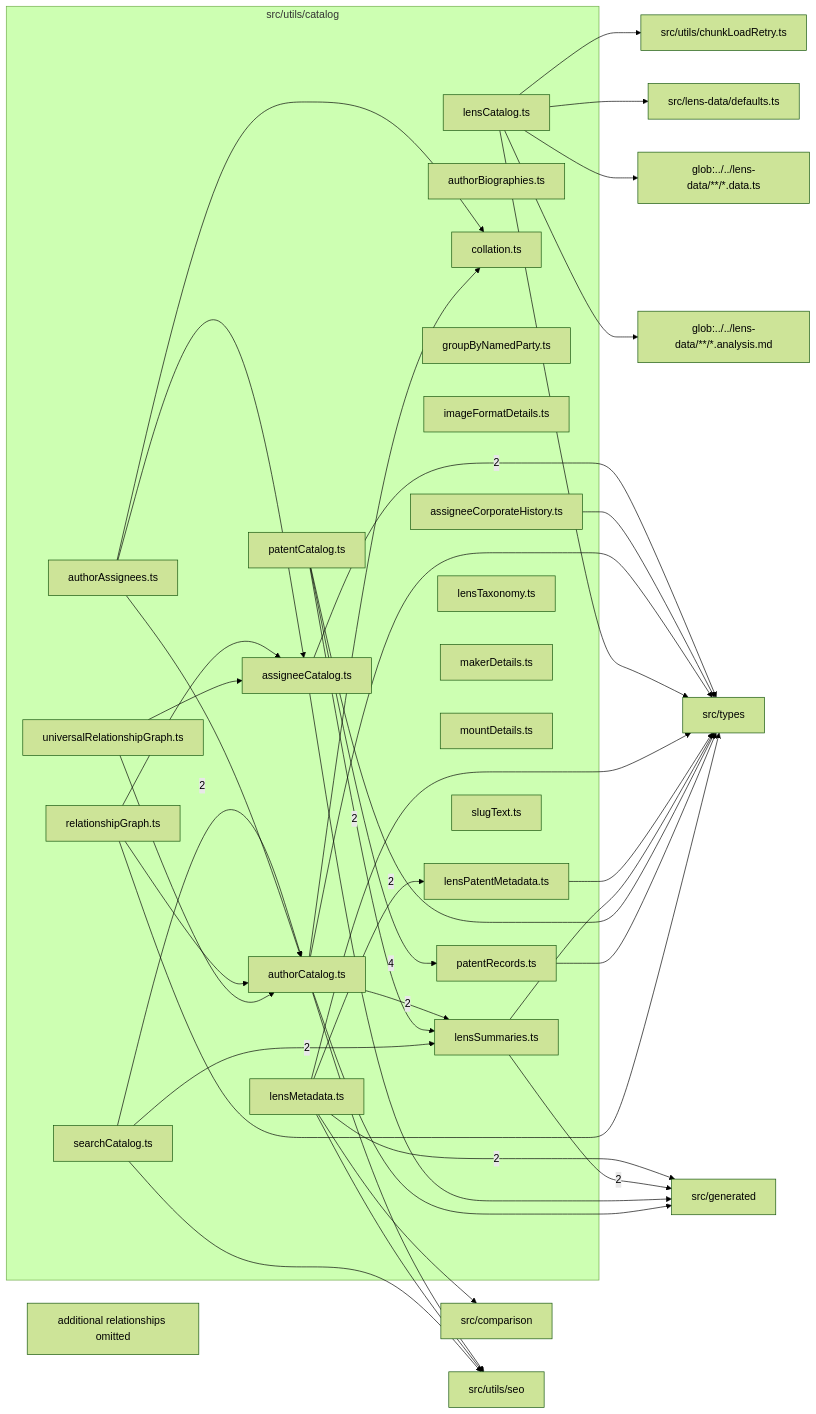
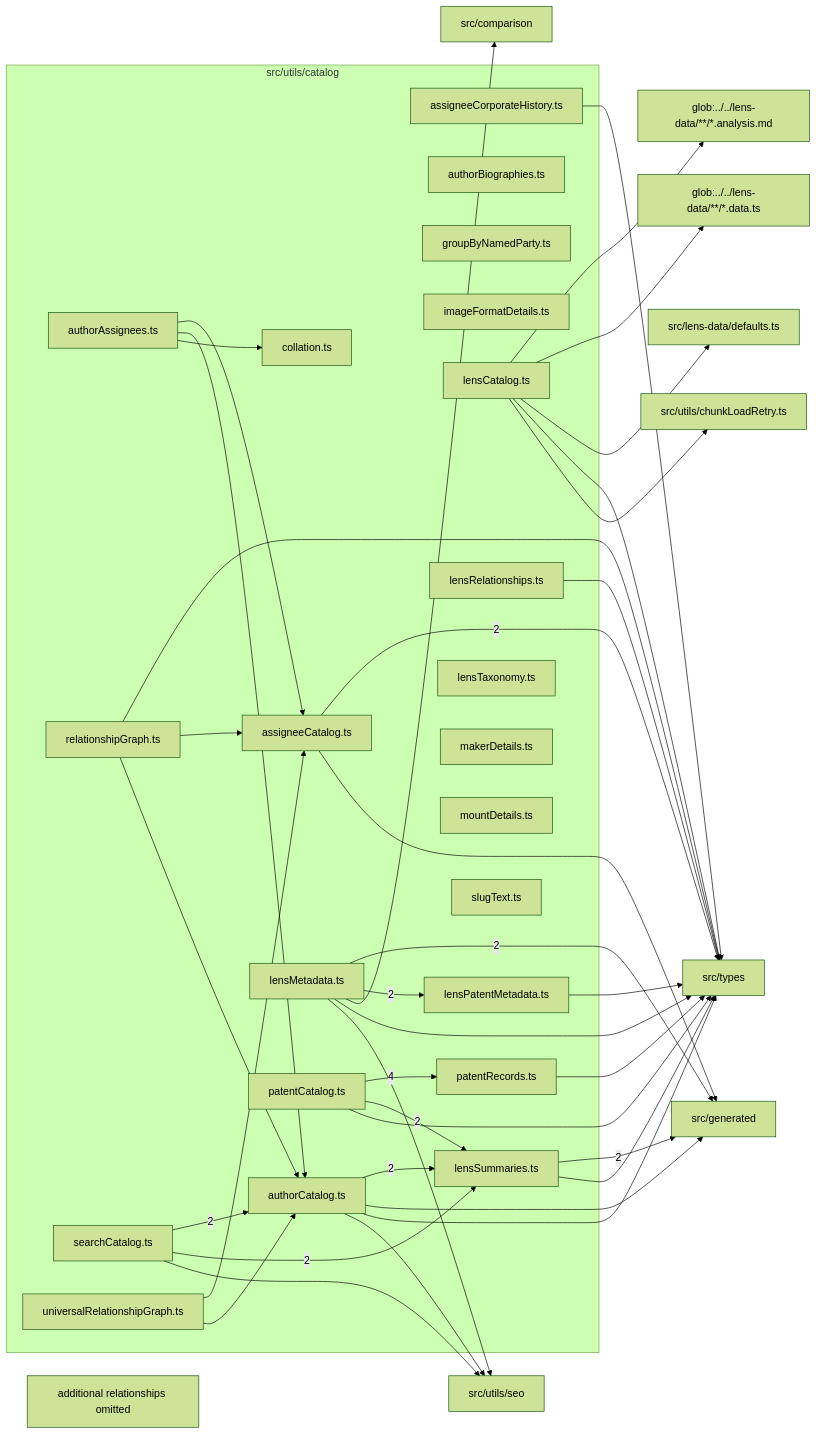
One commit to ronbuening/LensVisualizer changed the diagram in src/utils/catalog/readme.md. Above: the diagram before and after it, drawn with Mermaid (forest theme). The commit also changed other lines of this file and 56 other files, not shown here.

````diff
--- a/src/utils/catalog/readme.md
+++ b/src/utils/catalog/readme.md
@@ -9,71 +9,72 @@
 ```mermaid
 flowchart LR
   subgraph n_src_utils_catalog["src/utils/catalog"]
     n_src_utils_catalog_src_utils_catalog_assigneeCatalog_ts["assigneeCatalog.ts"]
     n_src_utils_catalog_src_utils_catalog_assigneeCorporateHistory_ts["assigneeCorporateHistory.ts"]
     n_src_utils_catalog_src_utils_catalog_authorAssignees_ts["authorAssignees.ts"]
     n_src_utils_catalog_src_utils_catalog_authorBiographies_ts["authorBiographies.ts"]
     n_src_utils_catalog_src_utils_catalog_authorCatalog_ts["authorCatalog.ts"]
     n_src_utils_catalog_src_utils_catalog_collation_ts["collation.ts"]
     n_src_utils_catalog_src_utils_catalog_groupByNamedParty_ts["groupByNamedParty.ts"]
     n_src_utils_catalog_src_utils_catalog_imageFormatDetails_ts["imageFormatDetails.ts"]
     n_src_utils_catalog_src_utils_catalog_lensCatalog_ts["lensCatalog.ts"]
     n_src_utils_catalog_src_utils_catalog_lensMetadata_ts["lensMetadata.ts"]
     n_src_utils_catalog_src_utils_catalog_lensPatentMetadata_ts["lensPatentMetadata.ts"]
+    n_src_utils_catalog_src_utils_catalog_lensRelationships_ts["lensRelationships.ts"]
     n_src_utils_catalog_src_utils_catalog_lensSummaries_ts["lensSummaries.ts"]
     n_src_utils_catalog_src_utils_catalog_lensTaxonomy_ts["lensTaxonomy.ts"]
     n_src_utils_catalog_src_utils_catalog_makerDetails_ts["makerDetails.ts"]
     n_src_utils_catalog_src_utils_catalog_mountDetails_ts["mountDetails.ts"]
     n_src_utils_catalog_src_utils_catalog_patentCatalog_ts["patentCatalog.ts"]
     n_src_utils_catalog_src_utils_catalog_patentRecords_ts["patentRecords.ts"]
     n_src_utils_catalog_src_utils_catalog_relationshipGraph_ts["relationshipGraph.ts"]
     n_src_utils_catalog_src_utils_catalog_searchCatalog_ts["searchCatalog.ts"]
     n_src_utils_catalog_src_utils_catalog_slugText_ts["slugText.ts"]
     n_src_utils_catalog_src_utils_catalog_universalRelationshipGraph_ts["universalRelationshipGraph.ts"]
   end
   n_external_src_generated["src/generated"]
   n_external_src_types["src/types"]
   n_external_glob_______lens_data______analysis_md["glob:../../lens-data/**/*.analysis.md"]
   n_external_glob_______lens_data______data_ts["glob:../../lens-data/**/*.data.ts"]
   n_external_src_comparison["src/comparison"]
   n_external_src_lens_data_defaults_ts["src/lens-data/defaults.ts"]
   n_external_src_utils_chunkLoadRetry_ts["src/utils/chunkLoadRetry.ts"]
   n_external_src_utils_seo["src/utils/seo"]
   n_src_utils_catalog_src_utils_catalog_patentCatalog_ts --> |4| n_src_utils_catalog_src_utils_catalog_patentRecords_ts
   n_src_utils_catalog_src_utils_catalog_lensMetadata_ts --> |2| n_external_src_generated
   n_src_utils_catalog_src_utils_catalog_lensSummaries_ts --> |2| n_external_src_generated
   n_src_utils_catalog_src_utils_catalog_assigneeCatalog_ts --> |2| n_external_src_types
   n_src_utils_catalog_src_utils_catalog_searchCatalog_ts --> |2| n_src_utils_catalog_src_utils_catalog_authorCatalog_ts
   n_src_utils_catalog_src_utils_catalog_lensMetadata_ts --> |2| n_src_utils_catalog_src_utils_catalog_lensPatentMetadata_ts
   n_src_utils_catalog_src_utils_catalog_authorCatalog_ts --> |2| n_src_utils_catalog_src_utils_catalog_lensSummaries_ts
   n_src_utils_catalog_src_utils_catalog_patentCatalog_ts --> |2| n_src_utils_catalog_src_utils_catalog_lensSummaries_ts
   n_src_utils_catalog_src_utils_catalog_searchCatalog_ts --> |2| n_src_utils_catalog_src_utils_catalog_lensSummaries_ts
   n_src_utils_catalog_src_utils_catalog_lensCatalog_ts --> n_external_glob_______lens_data______analysis_md
   n_src_utils_catalog_src_utils_catalog_lensCatalog_ts --> n_external_glob_______lens_data______data_ts
   n_src_utils_catalog_src_utils_catalog_lensMetadata_ts --> n_external_src_comparison
   n_src_utils_catalog_src_utils_catalog_assigneeCatalog_ts --> n_external_src_generated
   n_src_utils_catalog_src_utils_catalog_authorCatalog_ts --> n_external_src_generated
   n_src_utils_catalog_src_utils_catalog_lensCatalog_ts --> n_external_src_lens_data_defaults_ts
   n_src_utils_catalog_src_utils_catalog_assigneeCorporateHistory_ts --> n_external_src_types
   n_src_utils_catalog_src_utils_catalog_authorCatalog_ts --> n_external_src_types
   n_src_utils_catalog_src_utils_catalog_lensCatalog_ts --> n_external_src_types
   n_src_utils_catalog_src_utils_catalog_lensMetadata_ts --> n_external_src_types
   n_src_utils_catalog_src_utils_catalog_lensPatentMetadata_ts --> n_external_src_types
+  n_src_utils_catalog_src_utils_catalog_lensRelationships_ts --> n_external_src_types
   n_src_utils_catalog_src_utils_catalog_lensSummaries_ts --> n_external_src_types
   n_src_utils_catalog_src_utils_catalog_patentCatalog_ts --> n_external_src_types
   n_src_utils_catalog_src_utils_catalog_patentRecords_ts --> n_external_src_types
   n_src_utils_catalog_src_utils_catalog_relationshipGraph_ts --> n_external_src_types
   n_src_utils_catalog_src_utils_catalog_lensCatalog_ts --> n_external_src_utils_chunkLoadRetry_ts
   n_src_utils_catalog_src_utils_catalog_authorCatalog_ts --> n_external_src_utils_seo
   n_src_utils_catalog_src_utils_catalog_lensMetadata_ts --> n_external_src_utils_seo
   n_src_utils_catalog_src_utils_catalog_searchCatalog_ts --> n_external_src_utils_seo
   n_src_utils_catalog_src_utils_catalog_authorAssignees_ts --> n_src_utils_catalog_src_utils_catalog_assigneeCatalog_ts
   n_src_utils_catalog_src_utils_catalog_relationshipGraph_ts --> n_src_utils_catalog_src_utils_catalog_assigneeCatalog_ts
   n_src_utils_catalog_src_utils_catalog_universalRelationshipGraph_ts --> n_src_utils_catalog_src_utils_catalog_assigneeCatalog_ts
   n_src_utils_catalog_src_utils_catalog_authorAssignees_ts --> n_src_utils_catalog_src_utils_catalog_authorCatalog_ts
   n_src_utils_catalog_src_utils_catalog_relationshipGraph_ts --> n_src_utils_catalog_src_utils_catalog_authorCatalog_ts
   n_src_utils_catalog_src_utils_catalog_universalRelationshipGraph_ts --> n_src_utils_catalog_src_utils_catalog_authorCatalog_ts
   n_src_utils_catalog_src_utils_catalog_authorAssignees_ts --> n_src_utils_catalog_src_utils_catalog_collation_ts
-  n_src_utils_catalog_src_utils_catalog_authorCatalog_ts --> n_src_utils_catalog_src_utils_catalog_collation_ts
   n_src_utils_catalog_truncated["additional relationships omitted"]
 ```
````
